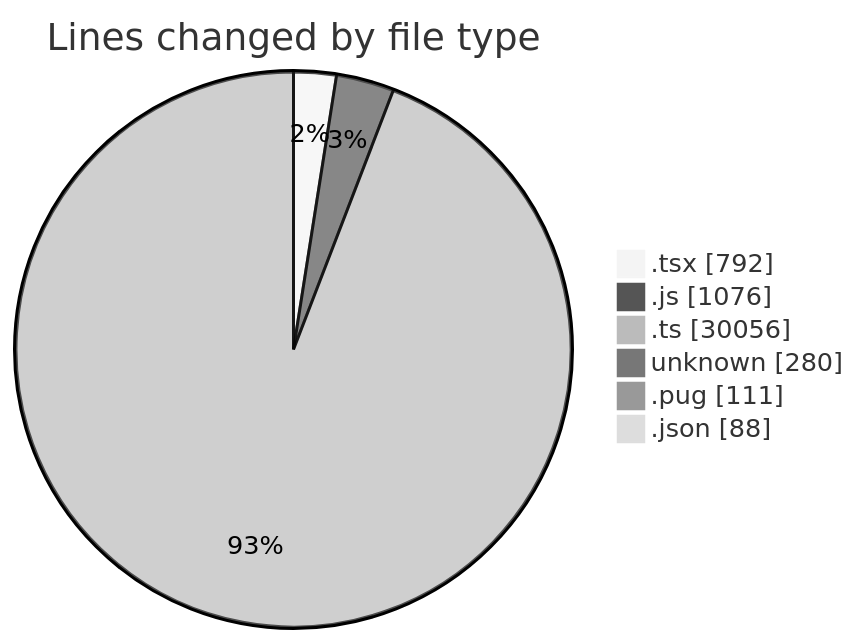
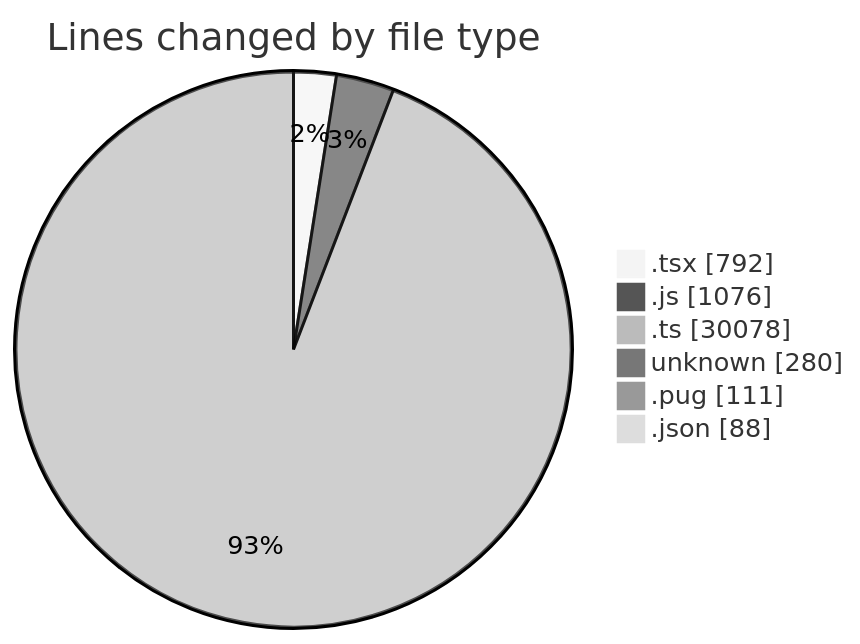
One commit to momahboobian/code-tracking changed the first of 2 diagrams in 2026-06-03/cda/README.md. Above: the diagram before and after it, drawn with Mermaid (neutral theme). The commit also changed other lines of this file and 1 other file, not shown here.

````diff
--- a/2026-06-03/cda/README.md
+++ b/2026-06-03/cda/README.md
@@ -44,10 +44,10 @@
 ```mermaid
 pie showData
 title Lines changed by file type
 ".tsx" : 792
 ".js" : 1076
-".ts" : 30056
+".ts" : 30078
 "unknown" : 280
 ".pug" : 111
 ".json" : 88
 ```
````
